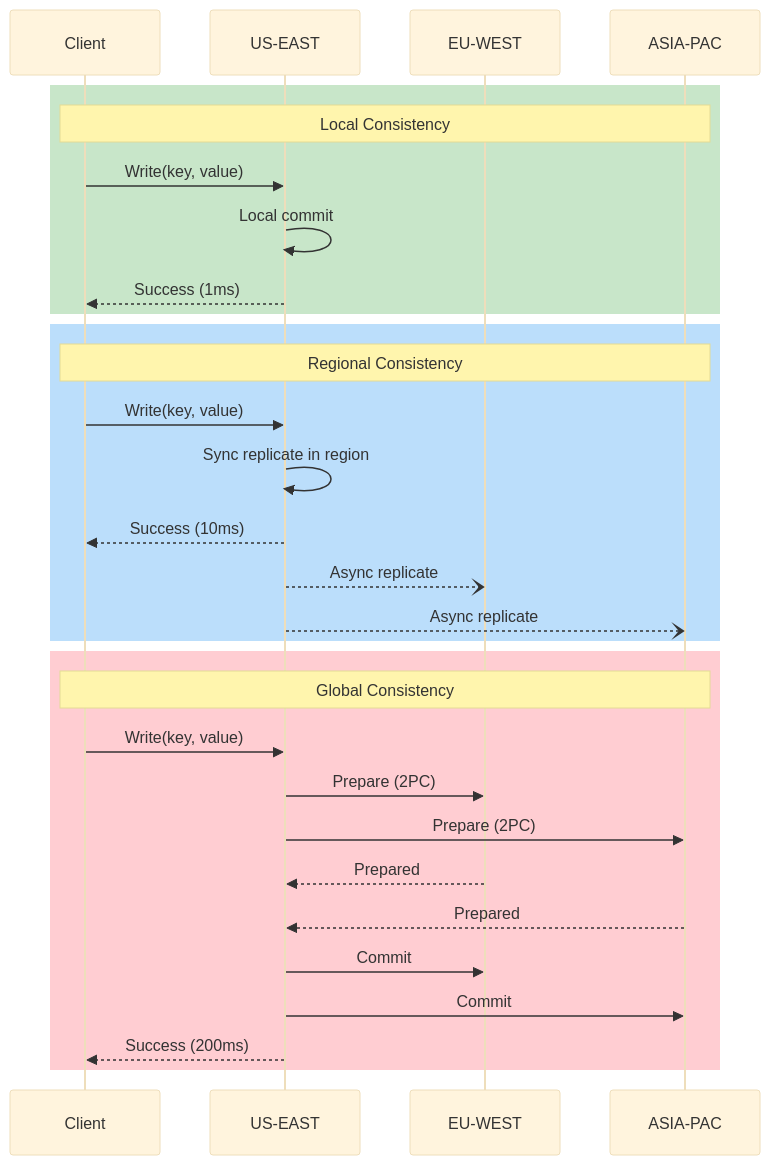
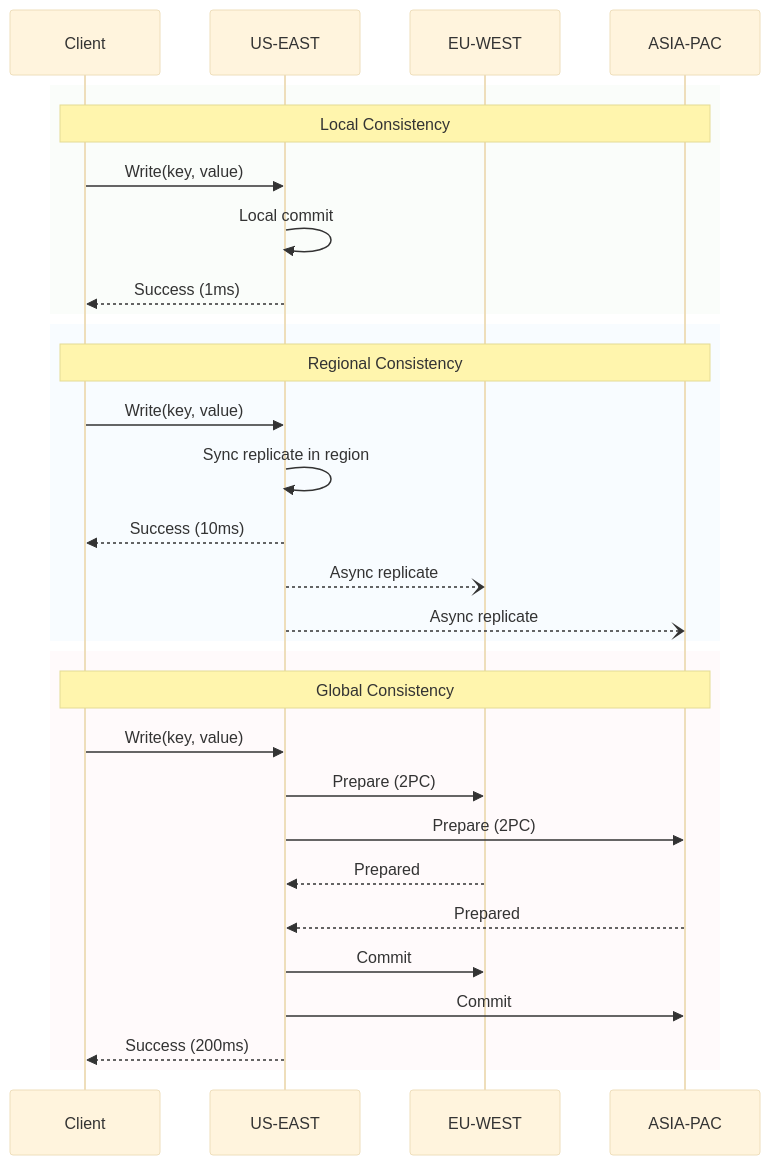
One commit to deepaucksharma/DStudio changed diagram 27 of 39 in docs/part2-pillars/truth/index.md. Above: the diagram before and after it, drawn with Mermaid (base theme). The commit also changed other lines of this file and 57 other files, not shown here.

First line of the commit message:
Fix Mermaid v11.9.0 syntax compatibility and cleanup project structure

````diff
--- a/docs/part2-pillars/truth/index.md
+++ b/docs/part2-pillars/truth/index.md
@@ -976,35 +980,35 @@
 ```mermaid
 sequenceDiagram
     participant C as Client
     participant US as US-EAST
     participant EU as EU-WEST  
     participant AS as ASIA-PAC
     
-    rect rgb(200, 230, 201)
+    rect rgba(200, 230, 201, 0.1)
         Note over C,AS: Local Consistency
         C->>US: Write(key, value)
         US->>US: Local commit
         US-->>C: Success (1ms)
     end
     
-    rect rgb(187, 222, 251)
+    rect rgba(187, 222, 251, 0.1)
         Note over C,AS: Regional Consistency
         C->>US: Write(key, value)
         US->>US: Sync replicate in region
         US-->>C: Success (10ms)
         US--)EU: Async replicate
         US--)AS: Async replicate
     end
     
-    rect rgb(255, 205, 210)
+    rect rgba(255, 205, 210, 0.1)
         Note over C,AS: Global Consistency
         C->>US: Write(key, value)
         US->>EU: Prepare (2PC)
         US->>AS: Prepare (2PC)
         EU-->>US: Prepared
         AS-->>US: Prepared
         US->>EU: Commit
         US->>AS: Commit
         US-->>C: Success (200ms)
     end
 ```
````
